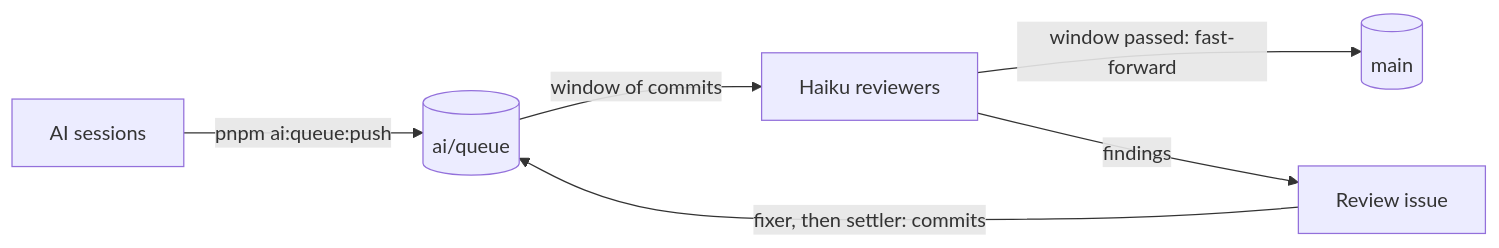
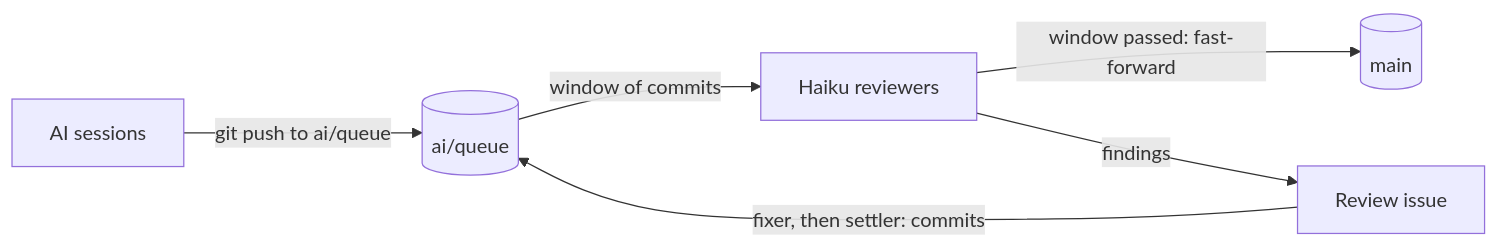
Before and after one commit to Esposter/Esposter: the diagram in README.md, drawn with Mermaid. The commit also changed other lines of this file, not shown here.

Commit message:
docs: the README names the git push that lands a session's commits, not the removed ai:queue:push

````diff
--- a/README.md
+++ b/README.md
@@ -345,8 +345,8 @@
 ```mermaid
 flowchart LR
-  S[AI sessions] -->|pnpm ai:queue:push| Q[(ai/queue)]
+  S[AI sessions] -->|git push to ai/queue| Q[(ai/queue)]
   Q -->|window of commits| R[Haiku reviewers]
   R -->|window passed: fast-forward| M[(main)]
   R -->|findings| I[Review issue]
   I -->|fixer, then settler: commits| Q
 ```
````
